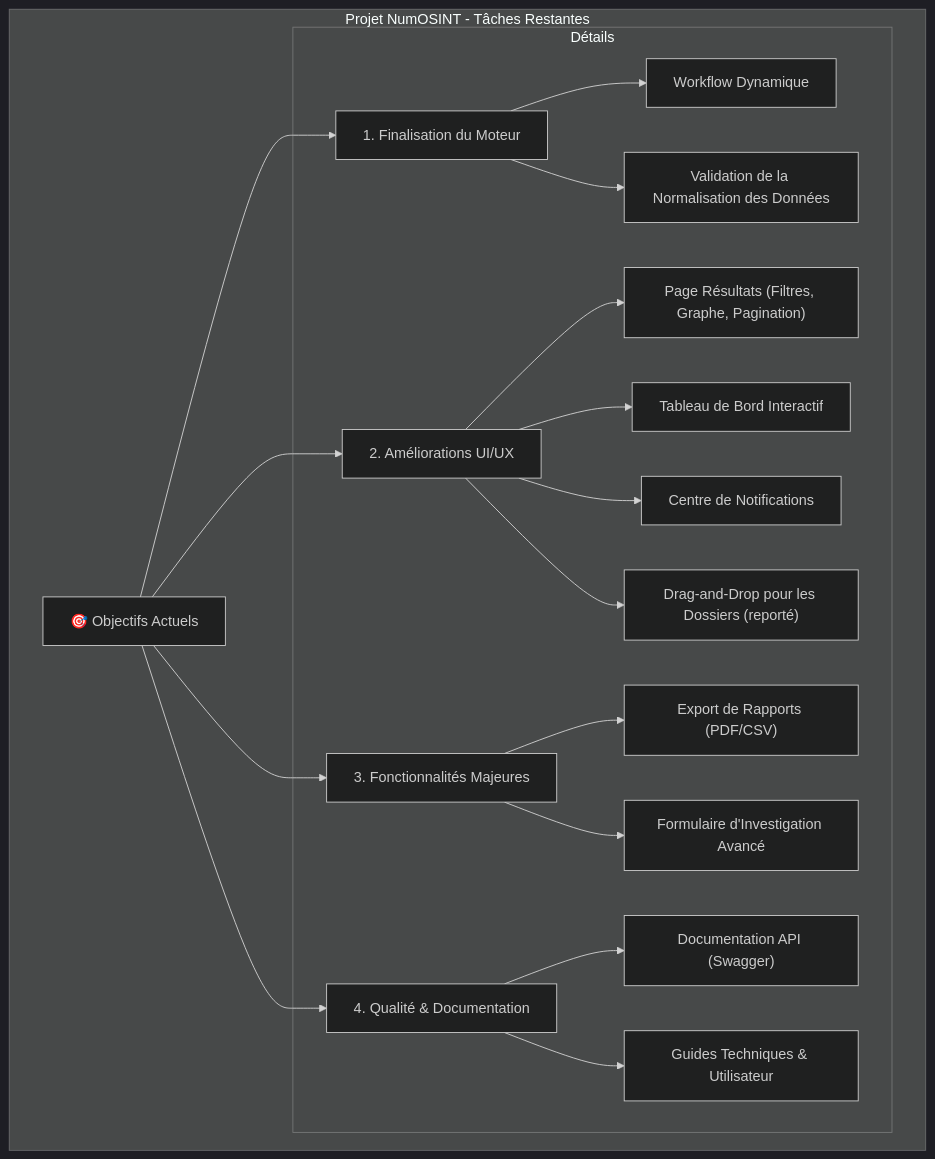
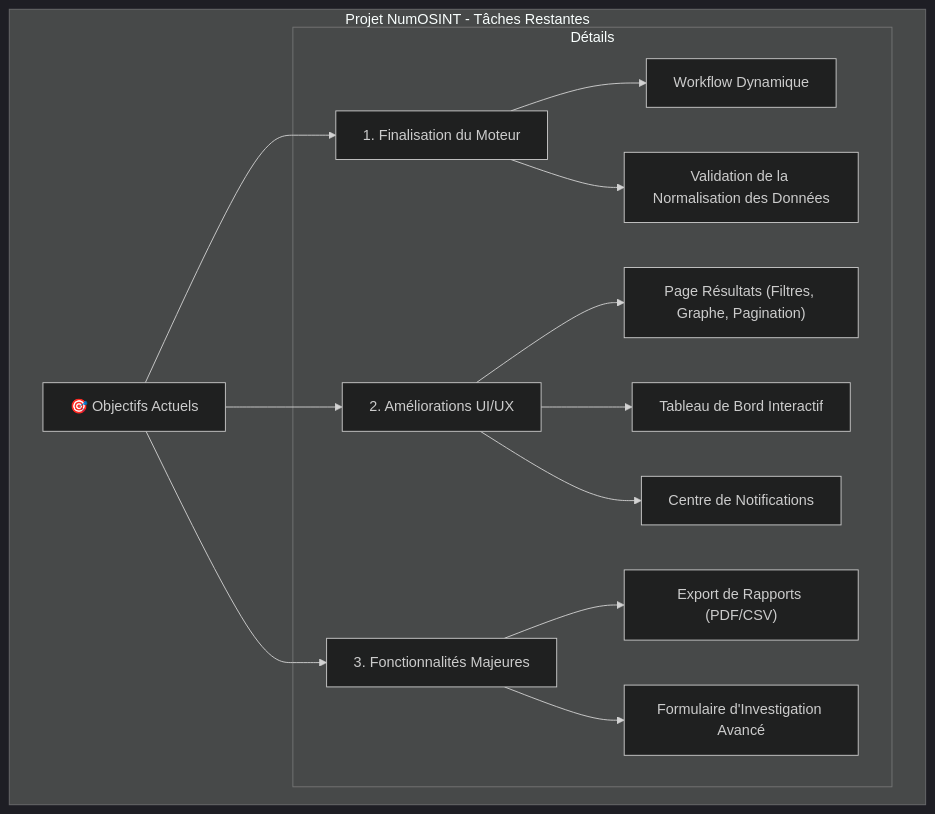
The diagram in todo/TODO.md (Alzok/NumOSINT), drawn with Mermaid (dark theme) before and after one commit. The commit also changed other lines of this file and 158 other files, not shown here.

````diff
--- a/todo/TODO.md
+++ b/todo/TODO.md
@@ -9,26 +102,21 @@
 ```mermaid
 graph TD
     subgraph "Projet NumOSINT - Tâches Restantes"
         A["🎯 Objectifs Actuels"]
         A --> B["1. Finalisation du Moteur"]
         A --> C["2. Améliorations UI/UX"]
         A --> D["3. Fonctionnalités Majeures"]
-        A --> E["4. Qualité & Documentation"]
 
         subgraph "Détails"
             B --> B1["Workflow Dynamique"]
             B --> B2["Validation de la Normalisation des Données"]
 
             C --> C1["Page Résultats (Filtres, Graphe, Pagination)"]
             C --> C2["Tableau de Bord Interactif"]
             C --> C3["Centre de Notifications"]
-            C --> C4["Drag-and-Drop pour les Dossiers (reporté)"]
             
             D --> D1["Export de Rapports (PDF/CSV)"]
             D --> D2["Formulaire d'Investigation Avancé"]
-
-            E --> E1["Documentation API (Swagger)"]
-            E --> E2["Guides Techniques & Utilisateur"]
         end
     end
 ```
````
